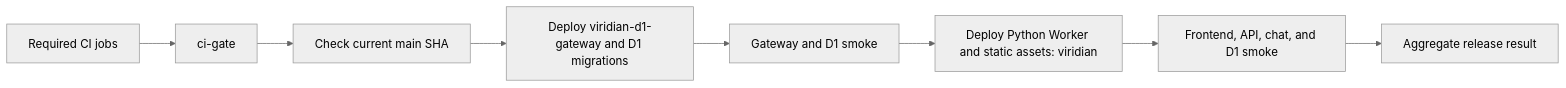
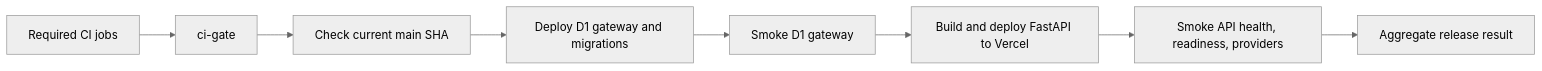
One commit to Thavarshan/enterprise-knowledge-assistant changed the diagram in docs/ci-cd.md. Above: the diagram before and after it, drawn with Mermaid (neutral theme). The commit also changed other lines of this file and 10 other files, not shown here.

Commit message:
Gate Vercel API deployment on CI

````diff
--- a/docs/ci-cd.md
+++ b/docs/ci-cd.md
@@ -8,10 +8,10 @@
 ```mermaid
 flowchart LR
   CI[Required CI jobs] --> Gate[ci-gate]
   Gate --> Fresh[Check current main SHA]
-  Fresh --> D1[Deploy viridian-d1-gateway and D1 migrations]
-  D1 --> D1Smoke[Gateway and D1 smoke]
-  D1Smoke --> API[Deploy Python Worker and static assets: viridian]
-  API --> APISmoke[Frontend, API, chat, and D1 smoke]
+  Fresh --> D1[Deploy D1 gateway and migrations]
+  D1 --> D1Smoke[Smoke D1 gateway]
+  D1Smoke --> API[Build and deploy FastAPI to Vercel]
+  API --> APISmoke[Smoke API health, readiness, providers]
   APISmoke --> Result[Aggregate release result]
 ```
````
